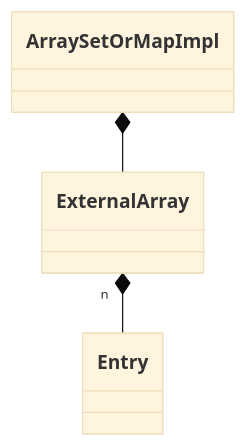
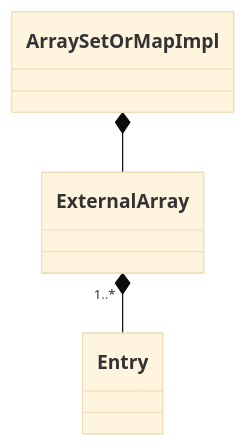
The diagram in Fw/DataStructures/docs/ArraySetOrMapImpl.md (nasa/fprime), drawn with Mermaid (base theme) before and after one commit.

Commit message:
Revise SDD for ArraySetOrMapImpl

````diff
--- a/Fw/DataStructures/docs/ArraySetOrMapImpl.md
+++ b/Fw/DataStructures/docs/ArraySetOrMapImpl.md
@@ -36,5 +36,5 @@
 ```mermaid
 classDiagram
     ArraySetOrMapImpl *-- ExternalArray
-    ExternalArray "_n_" *-- Entry
+    ExternalArray "1..*" *-- Entry
 ```
````
